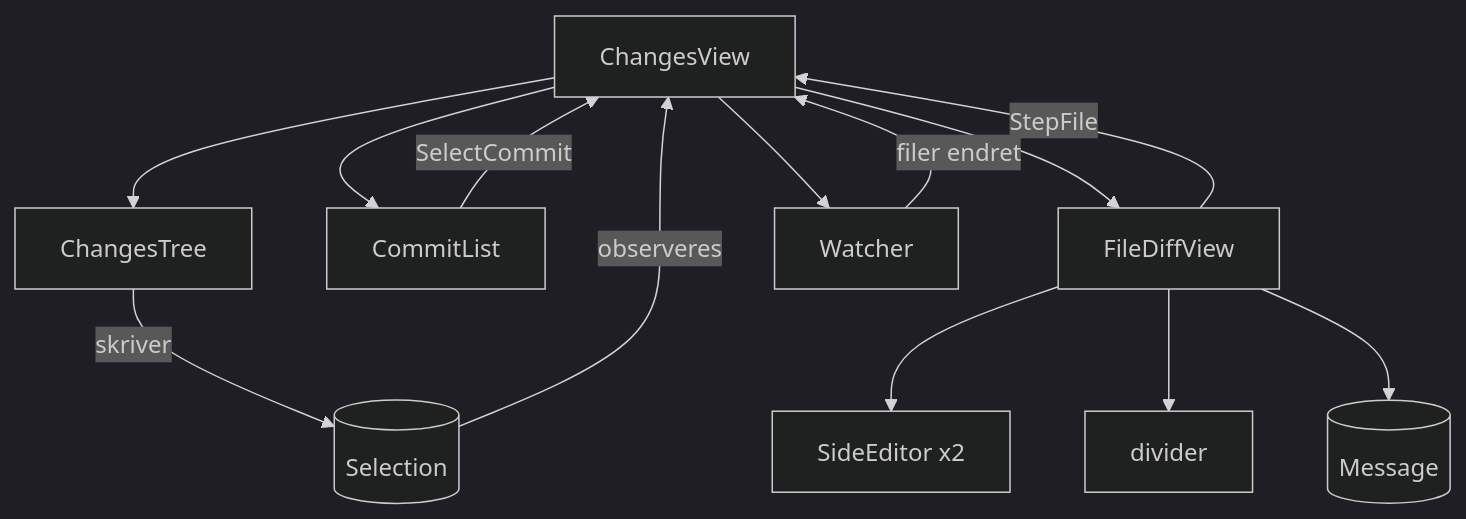
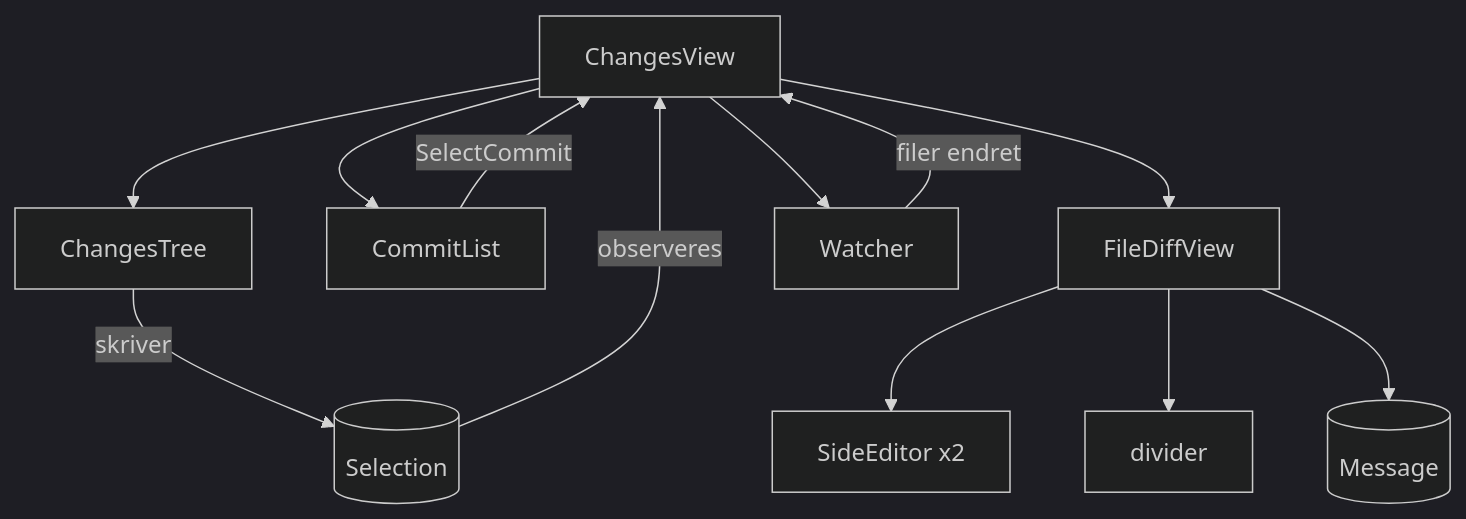
One commit to akemkers/jetdiff changed the diagram in crates/jetdiff-ui/README.md. Above: the diagram before and after it, drawn with Mermaid (dark theme). The commit also changed 8 other files, not shown here.

````diff
--- a/crates/jetdiff-ui/README.md
+++ b/crates/jetdiff-ui/README.md
@@ -29,15 +29,14 @@
 ```mermaid
 graph TD
     cv[ChangesView] --> tree[ChangesTree]
     cv --> commits[CommitList]
     cv --> fdv[FileDiffView]
     cv --> watcher[Watcher]
     tree -- skriver --> sel[(Selection)]
     sel -- observeres --> cv
-    fdv -- StepFile --> cv
     commits -- SelectCommit --> cv
     watcher -- filer endret --> cv
     fdv --> se[SideEditor x2]
     fdv --> div[divider]
     fdv --> msg[(Message)]
 ```
````
